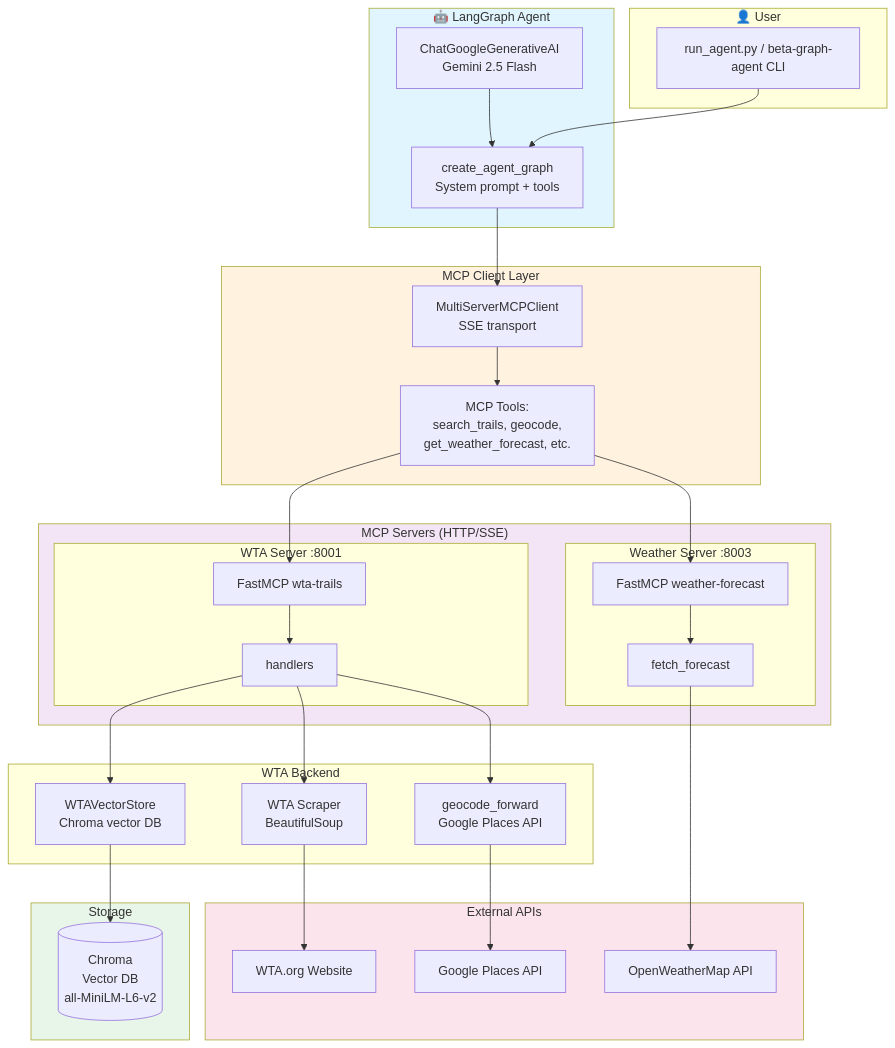
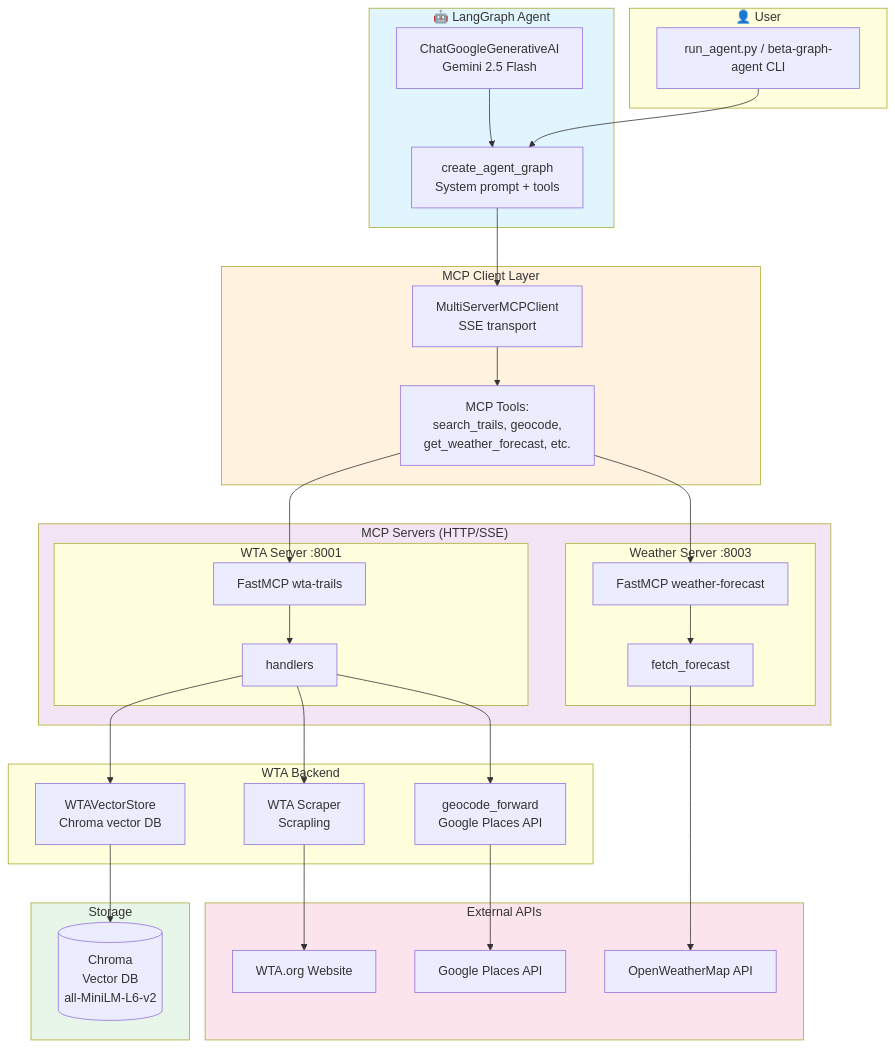
The second of 3 diagrams in docs/DIAGRAMS.md (agnelo-dcosta/beta-graph), drawn with Mermaid before and after one commit. The commit also changed other lines of this file and 14 other files, not shown here.

````diff
--- a/docs/DIAGRAMS.md
+++ b/docs/DIAGRAMS.md
@@ -136,67 +136,67 @@
 ```mermaid
 flowchart TB
     subgraph User["👤 User"]
         CLI[run_agent.py / beta-graph-agent CLI]
     end
 
     subgraph Agent["🤖 LangGraph Agent"]
         LLM[ChatGoogleGenerativeAI<br/>Gemini 2.5 Flash]
         AgentLogic[create_agent_graph<br/>System prompt + tools]
         LLM --> AgentLogic
     end
 
     subgraph MCP["MCP Client Layer"]
         MultiMCP[MultiServerMCPClient<br/>SSE transport]
         Tools[MCP Tools:<br/>search_trails, geocode,<br/>get_weather_forecast, etc.]
         MultiMCP --> Tools
     end
 
     subgraph Servers["MCP Servers (HTTP/SSE)"]
         subgraph WTA["WTA Server :8001"]
             WTAFastMCP[FastMCP wta-trails]
             Handlers[handlers]
             WTAFastMCP --> Handlers
         end
 
         subgraph Weather["Weather Server :8003"]
             WeatherFastMCP[FastMCP weather-forecast]
             Forecast[fetch_forecast]
             WeatherFastMCP --> Forecast
         end
     end
 
     subgraph WTA_Backend["WTA Backend"]
         ChromaStore[WTAVectorStore<br/>Chroma vector DB]
-        Scraper[WTA Scraper<br/>BeautifulSoup]
+        Scraper[WTA Scraper<br/>Scrapling]
         Geocode[geocode_forward<br/>Google Places API]
         Handlers --> ChromaStore
         Handlers --> Scraper
         Handlers --> Geocode
     end
 
     subgraph External["External APIs"]
         OpenWeather[OpenWeatherMap API]
         GooglePlaces[Google Places API]
         WTAWebsite[WTA.org Website]
     end
 
     subgraph Storage["Storage"]
         Chroma[(Chroma<br/>Vector DB<br/>all-MiniLM-L6-v2)]
     end
 
     CLI --> AgentLogic
     AgentLogic --> MultiMCP
     Tools --> WTAFastMCP
     Tools --> WeatherFastMCP
 
     ChromaStore --> Chroma
     Scraper --> WTAWebsite
     Geocode --> GooglePlaces
     Forecast --> OpenWeather
 
     style Agent fill:#e1f5fe
     style MCP fill:#fff3e0
     style Servers fill:#f3e5f5
     style Storage fill:#e8f5e9
     style External fill:#fce4ec
 ```
````
